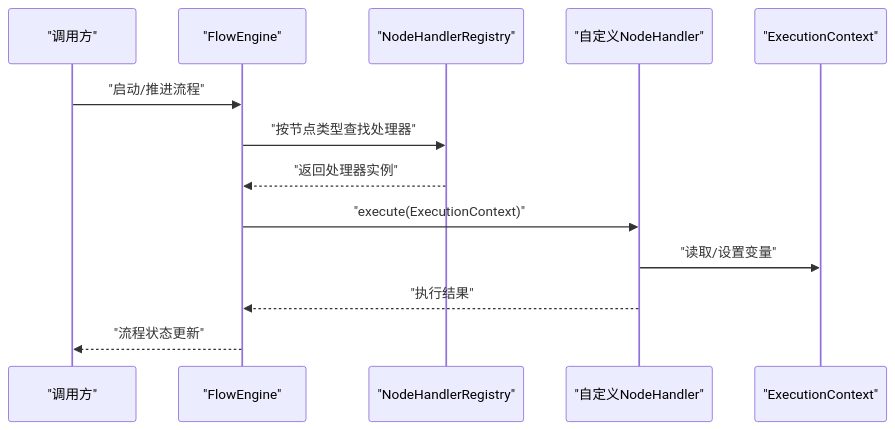
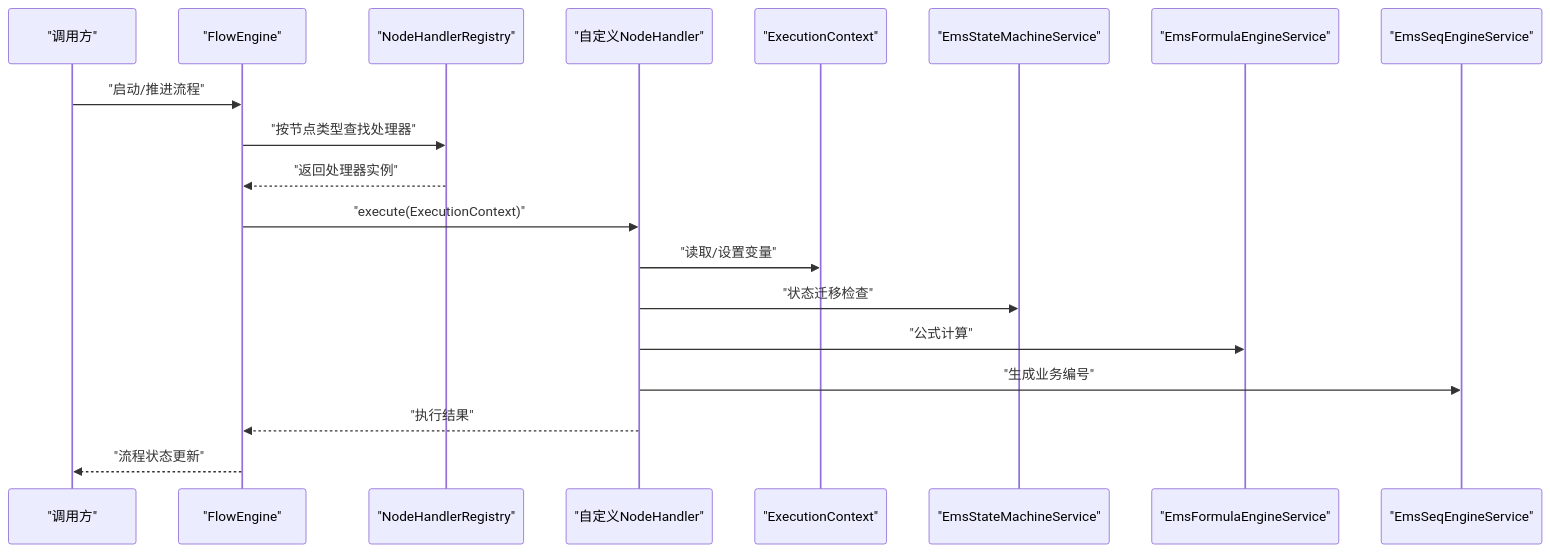
One commit to liming-lihaini/workflow changed the second of 11 diagrams in .qoder/repowiki/zh/content/扩展开发指南/扩展开发指南.md. Above: the diagram before and after it, drawn with Mermaid. The commit also changed other lines of this file and 45 other files, not shown here.

````diff
--- a/.qoder/repowiki/zh/content/扩展开发指南/扩展开发指南.md
+++ b/.qoder/repowiki/zh/content/扩展开发指南/扩展开发指南.md
@@ -149,15 +186,21 @@
 ```mermaid
 sequenceDiagram
 participant Client as "调用方"
 participant Engine as "FlowEngine"
 participant Registry as "NodeHandlerRegistry"
 participant Handler as "自定义NodeHandler"
 participant Ctx as "ExecutionContext"
+participant StateMachine as "EmsStateMachineService"
+participant Formula as "EmsFormulaEngineService"
+participant SeqEngine as "EmsSeqEngineService"
 Client->>Engine : "启动/推进流程"
 Engine->>Registry : "按节点类型查找处理器"
 Registry-->>Engine : "返回处理器实例"
 Engine->>Handler : "execute(ExecutionContext)"
 Handler->>Ctx : "读取/设置变量"
+Handler->>StateMachine : "状态迁移检查"
+Handler->>Formula : "公式计算"
+Handler->>SeqEngine : "生成业务编号"
 Handler-->>Engine : "执行结果"
 Engine-->>Client : "流程状态更新"
 ```
````
